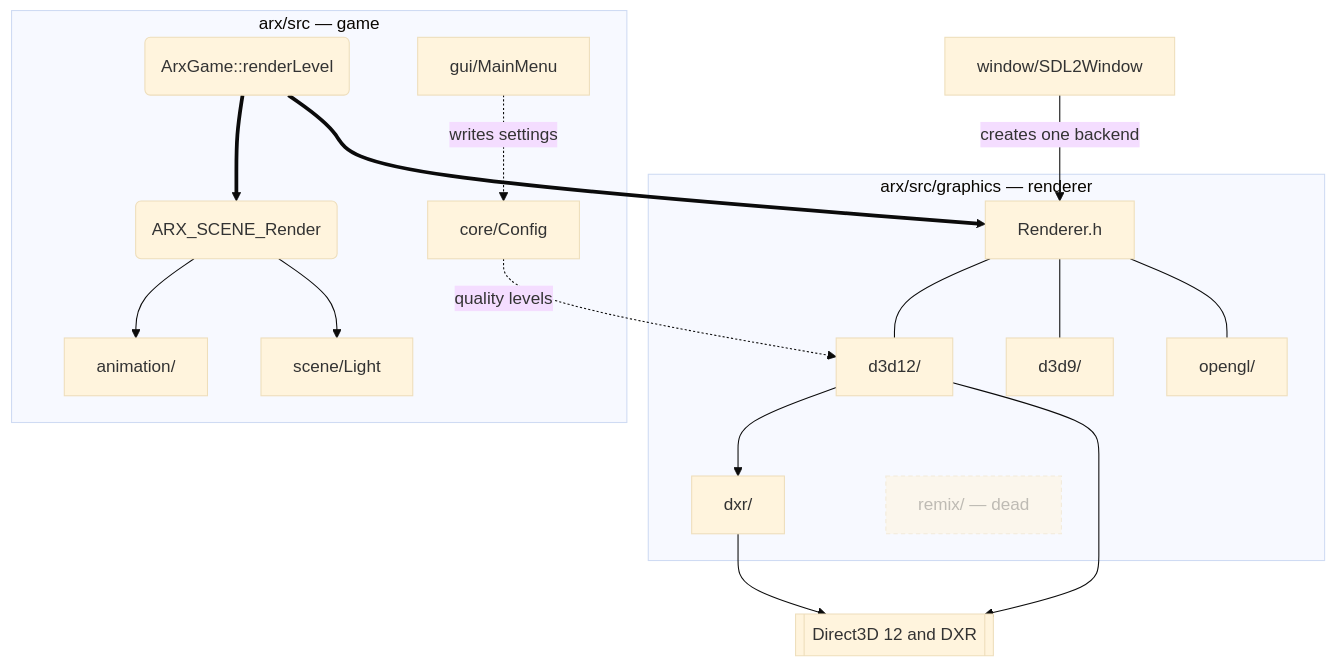
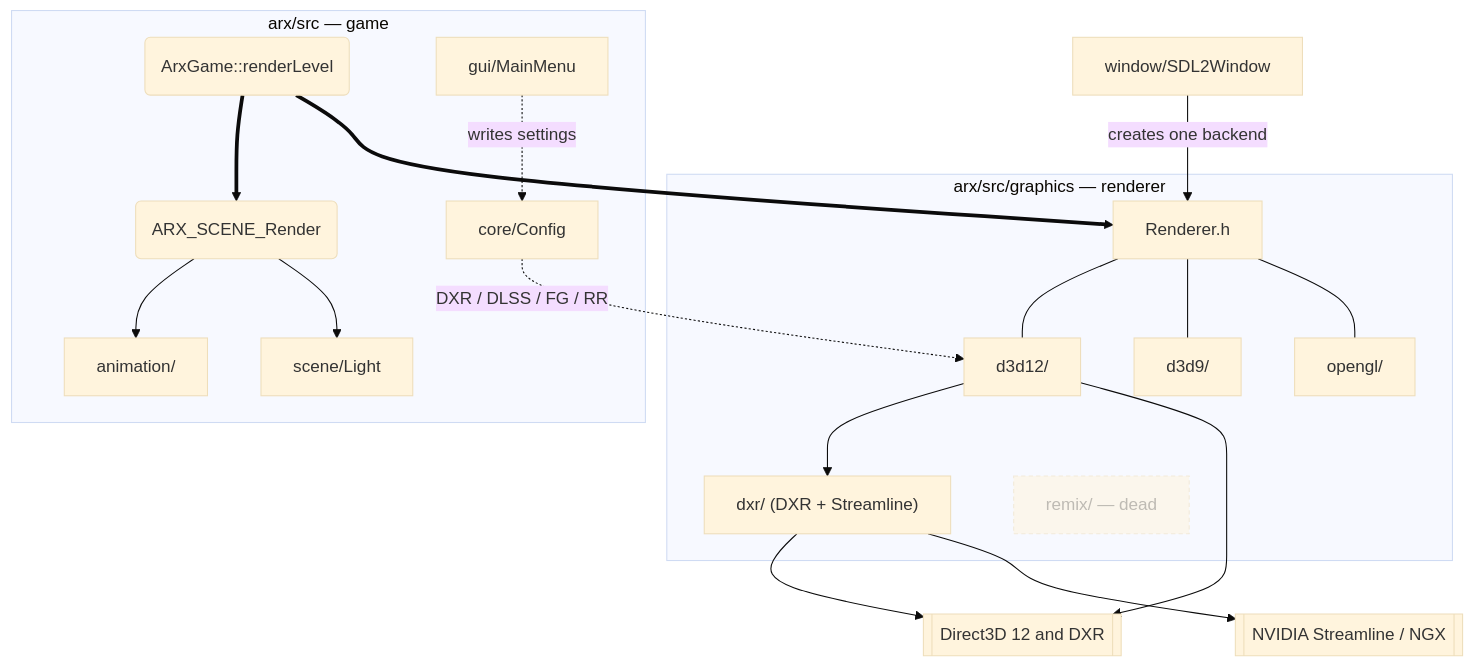
The second of 5 diagrams in docs/maintenance/MAP.md (gabriel7silva/ArxRaymix), drawn with Mermaid (base theme) before and after one commit. The commit also changed 21 other files, not shown here.

````diff
--- a/docs/maintenance/MAP.md
+++ b/docs/maintenance/MAP.md
@@ -40,40 +40,42 @@
 ```mermaid
 graph TD
   subgraph Game["arx/src — game"]
     Core("ArxGame::renderLevel")
     Scene("ARX_SCENE_Render")
     Anim["animation/"]
     Light["scene/Light"]
     Gui["gui/MainMenu"]
     Cfg["core/Config"]
   end
 
   subgraph Gfx["arx/src/graphics — renderer"]
     Iface["Renderer.h"]
     D12["d3d12/"]
-    Dxr["dxr/"]
+    Dxr["dxr/ (DXR + Streamline)"]
     D9["d3d9/"]
     GL["opengl/"]
     Remix["remix/ — dead"]
   end
 
   Win["window/SDL2Window"]
   Api[["Direct3D 12 and DXR"]]
+  Sl[["NVIDIA Streamline / NGX"]]
 
   Core ==> Scene
   Core ==> Iface
   Scene --> Anim
   Scene --> Light
   Gui -.->|"writes settings"| Cfg
   Win -->|"creates one backend"| Iface
   Iface --- D12
   Iface --- D9
   Iface --- GL
   D12 --> Dxr
   Dxr --> Api
+  Dxr --> Sl
   D12 --> Api
-  Cfg -.->|"quality levels"| D12
+  Cfg -.->|"DXR / DLSS / FG / RR"| D12
 
   classDef dead stroke-dasharray:4 3,opacity:0.55
   class Remix dead
 ```
````
